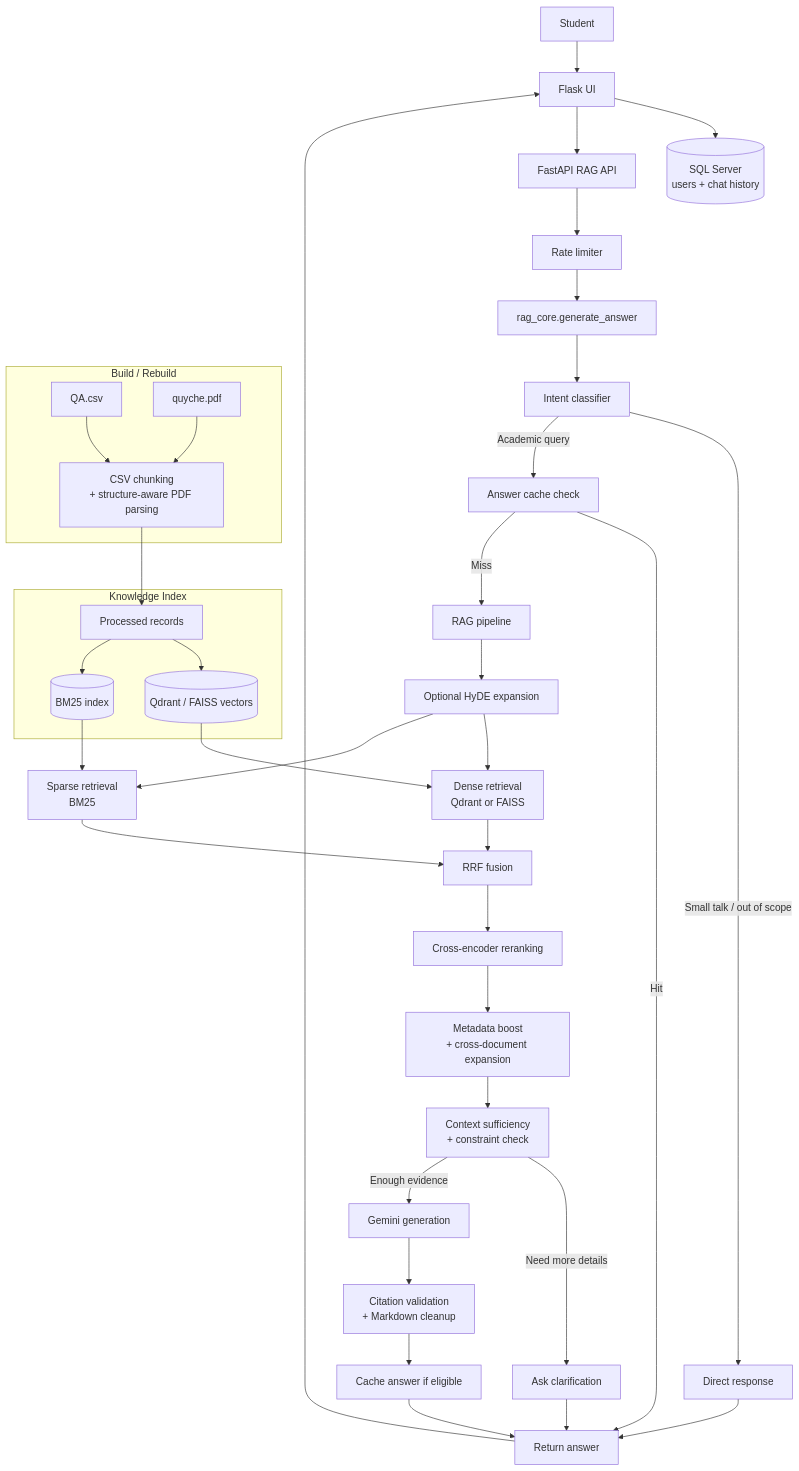
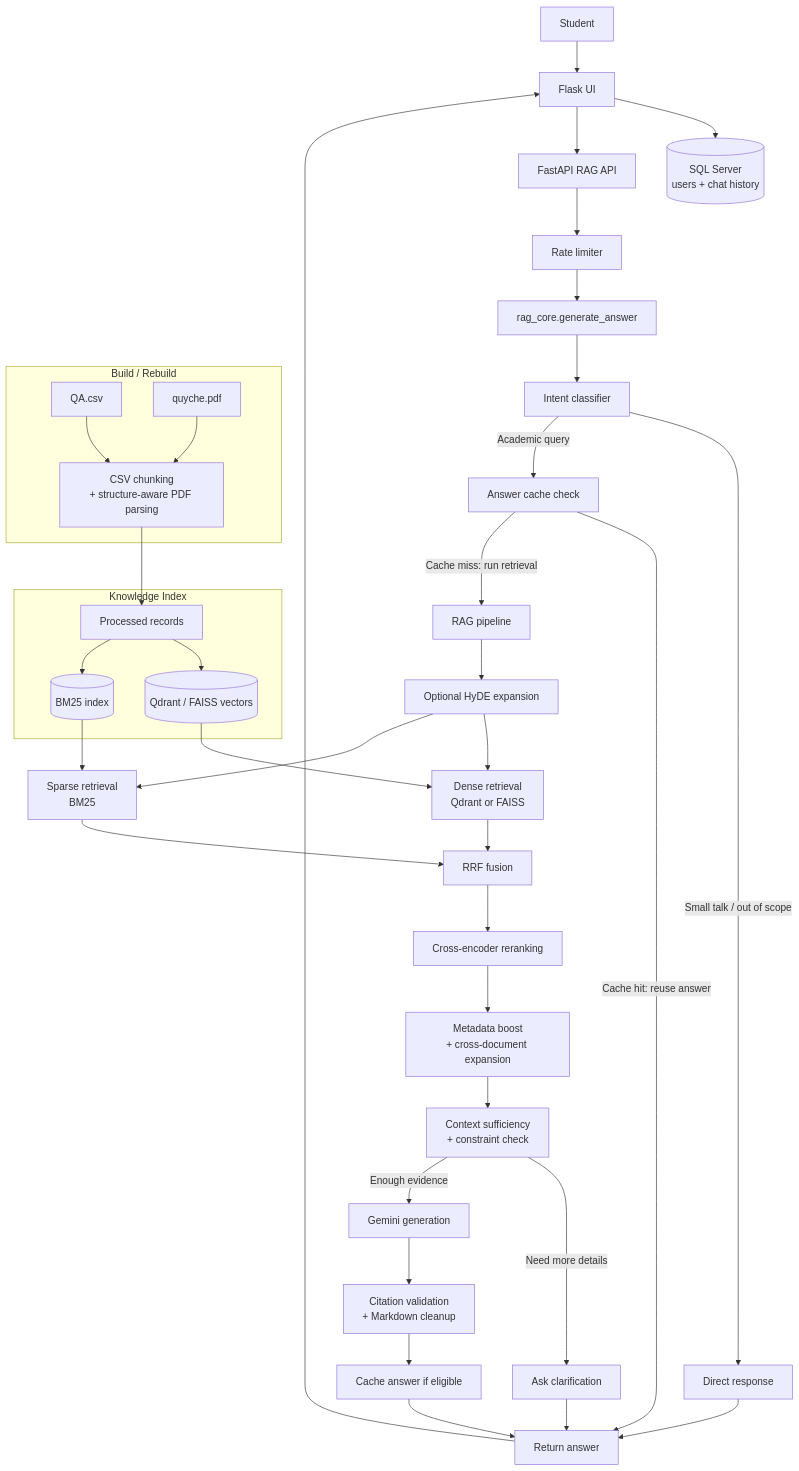
One commit to Nhatnguyn1710/chatbot_husc changed the diagram in README.md. Above: the diagram before and after it, drawn with Mermaid.

Commit message:
docs: clarify cache path labels

````diff
--- a/README.md
+++ b/README.md
@@ -33,52 +33,52 @@
 ```mermaid
 flowchart TD
     U[Student] --> UI[Flask UI]
     UI --> DB[(SQL Server<br/>users + chat history)]
     UI --> API[FastAPI RAG API]
     API --> RL[Rate limiter]
     RL --> RAG[rag_core.generate_answer]
     RAG --> INTENT[Intent classifier]
 
     INTENT -->|Small talk / out of scope| DIRECT[Direct response]
     INTENT -->|Academic query| CACHE[Answer cache check]
-    CACHE -->|Hit| RESPONSE[Return answer]
-    CACHE -->|Miss| PIPE[RAG pipeline]
+    CACHE -->|Cache hit: reuse answer| RESPONSE[Return answer]
+    CACHE -->|Cache miss: run retrieval| PIPE[RAG pipeline]
 
     PIPE --> HYDE[Optional HyDE expansion]
     HYDE --> DENSE[Dense retrieval<br/>Qdrant or FAISS]
     HYDE --> SPARSE[Sparse retrieval<br/>BM25]
     DENSE --> FUSION[RRF fusion]
     SPARSE --> FUSION
     FUSION --> RERANK[Cross-encoder reranking]
     RERANK --> BOOST[Metadata boost<br/>+ cross-document expansion]
     BOOST --> CHECK[Context sufficiency<br/>+ constraint check]
     CHECK -->|Need more details| CLARIFY[Ask clarification]
     CHECK -->|Enough evidence| LLM[Gemini generation]
     LLM --> POST[Citation validation<br/>+ Markdown cleanup]
     POST --> STORE[Cache answer if eligible]
     STORE --> RESPONSE
     DIRECT --> RESPONSE
     CLARIFY --> RESPONSE
     RESPONSE --> UI
 
     subgraph KI[Knowledge Index]
         RECORDS[Processed records]
         VECTORS[(Qdrant / FAISS vectors)]
         BM25[(BM25 index)]
     end
 
     RECORDS --> VECTORS
     RECORDS --> BM25
     VECTORS --> DENSE
     BM25 --> SPARSE
 
     subgraph BR[Build / Rebuild]
         CSV[QA.csv]
         PDF[quyche.pdf]
         PARSE[CSV chunking<br/>+ structure-aware PDF parsing]
     end
 
     CSV --> PARSE
     PDF --> PARSE
     PARSE --> RECORDS
 ```
````
